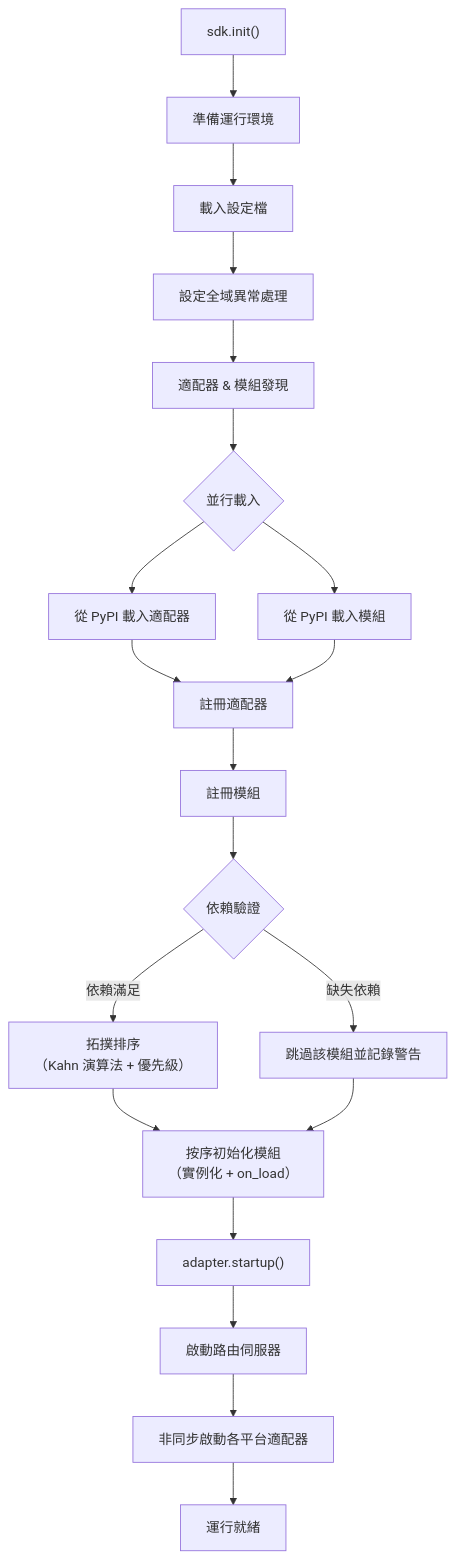
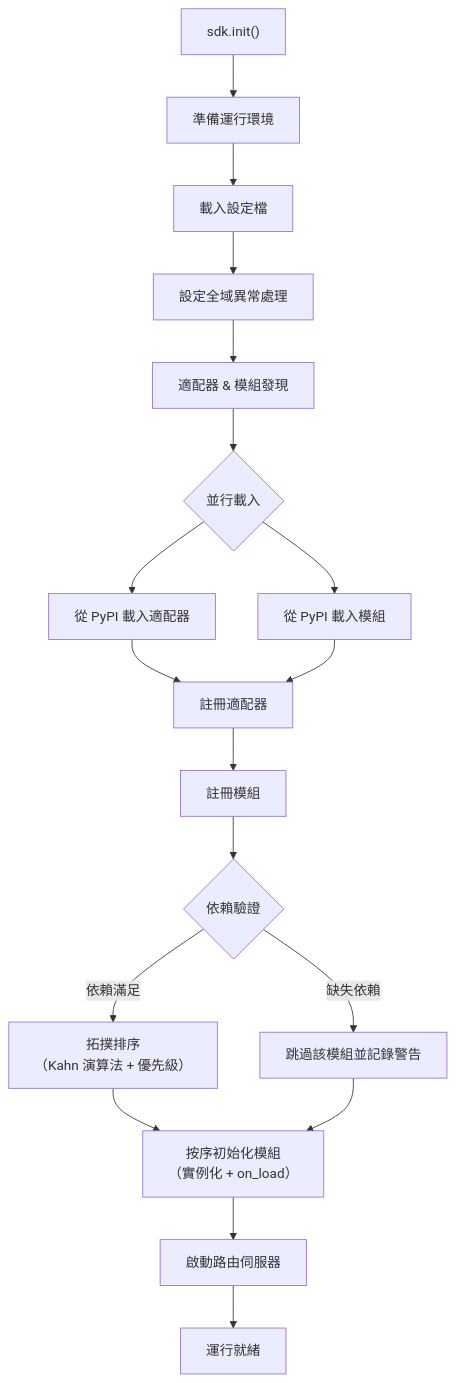
The second of 5 diagrams in docs/zh-TW/ai-support/prompts/ErisPulse-Full.md (ErisPulse/ErisPulse), drawn with Mermaid before and after one commit. The commit also changed other lines of this file and 24 other files, not shown here.

````diff
--- a/docs/zh-TW/ai-support/prompts/ErisPulse-Full.md
+++ b/docs/zh-TW/ai-support/prompts/ErisPulse-Full.md
@@ -108,21 +108,19 @@
 ```mermaid
 flowchart TD
     A["sdk.init()"] --> B["準備運行環境"]
     B --> B1["載入設定檔"]
     B1 --> B2["設定全域異常處理"]
     B2 --> C["適配器 & 模組發現"]
     C --> D{"並行載入"}
     D --> D1["從 PyPI 載入適配器"]
     D --> D2["從 PyPI 載入模組"]
     D1 & D2 --> E["註冊適配器"]
     E --> F["註冊模組"]
     F --> F1{"依賴驗證"}
     F1 -->|"缺失依賴"| F2["跳過該模組並記錄警告"]
     F1 -->|"依賴滿足"| F3["拓撲排序<br/>（Kahn 演算法 + 優先級）"]
     F3 --> G["按序初始化模組<br/>（實例化 + on_load）"]
     F2 --> G
-    G --> H["adapter.startup()"]
-    H --> I["啟動路由伺服器"]
-    I --> J["非同步啟動各平台適配器"]
-    J --> K["運行就緒"]
+    G --> H["啟動路由伺服器"]
+    H --> K["運行就緒"]
 ```
````
